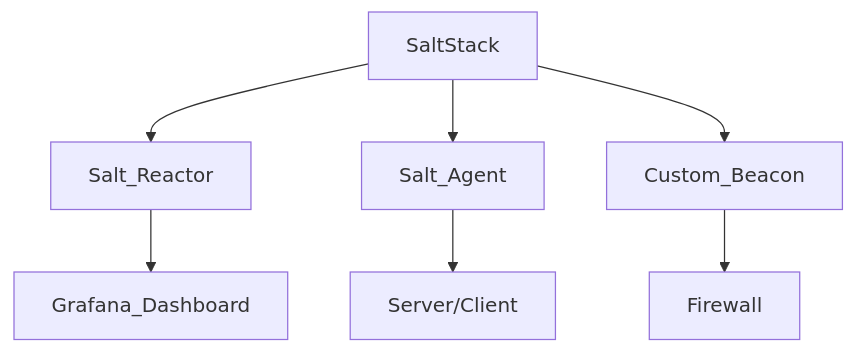
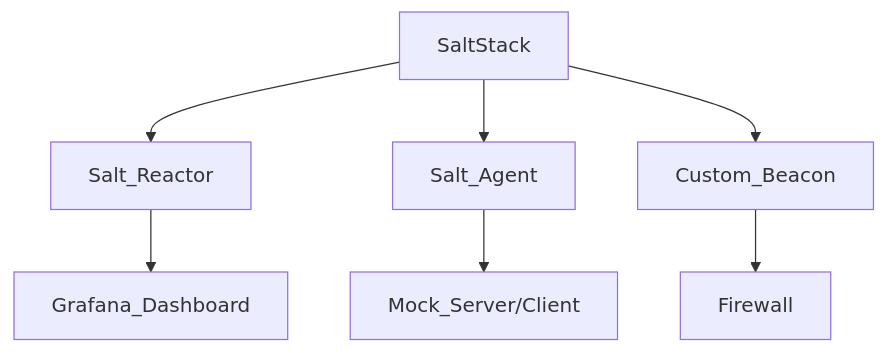
The diagram in README.md (hanfil/CyberSalt), drawn with Mermaid before and after one commit. The commit also changed other lines of this file, not shown here.

````diff
--- a/README.md
+++ b/README.md
@@ -14,9 +15,9 @@
 ```mermaid
 graph TD;
     Salt_Reactor-->Grafana_Dashboard;
     SaltStack-->Salt_Reactor;
     SaltStack-->Salt_Agent;
-    Salt_Agent-->Server/Client;
+    Salt_Agent-->Mock_Server/Client;
     SaltStack-->Custom_Beacon;
     Custom_Beacon-->Firewall;
 ```
````
